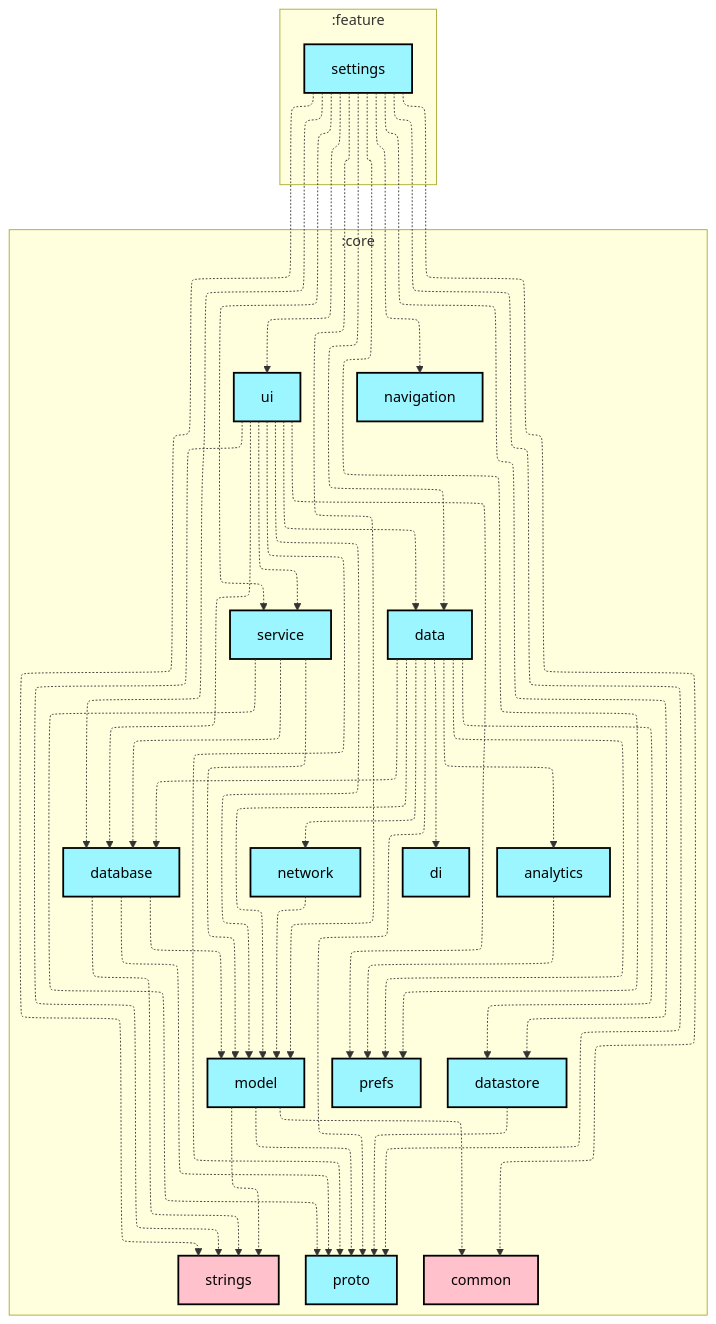
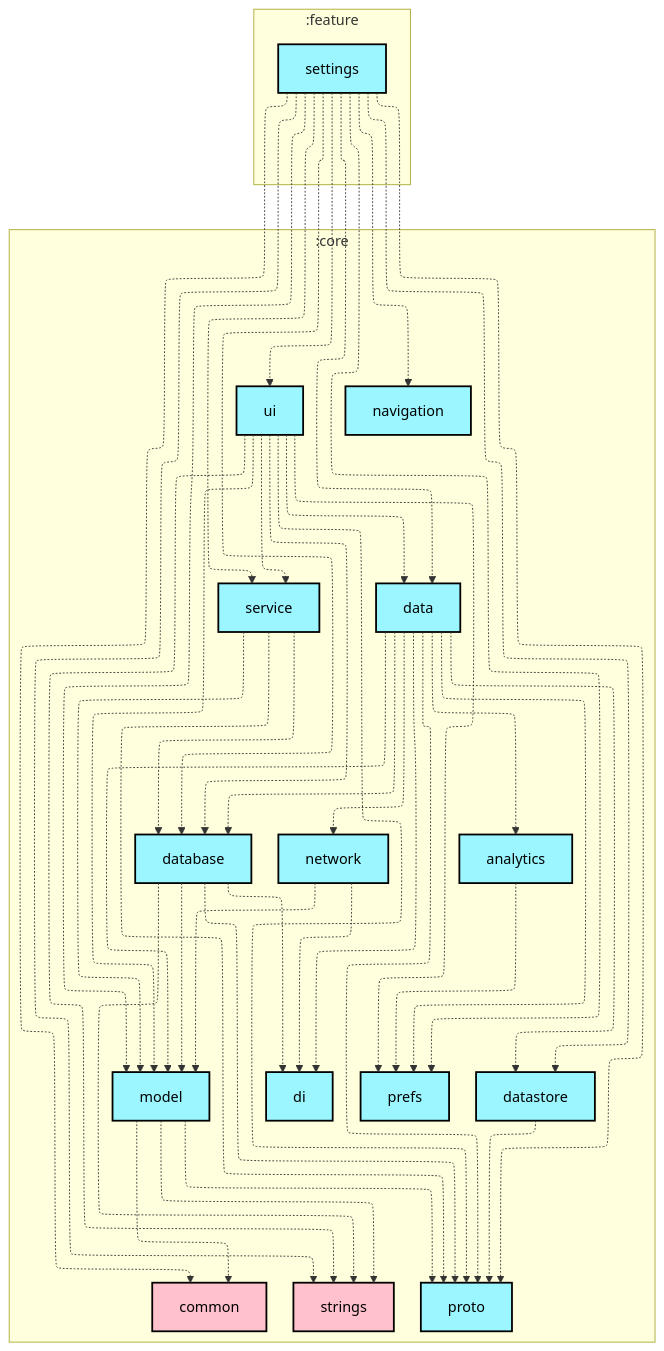
The first of 2 diagrams in feature/settings/README.md (meshtastic/Meshtastic-Android), drawn with Mermaid before and after one commit. The commit also changed 10 other files, not shown here.

First line of the commit message:
chore: Scheduled updates (Firmware, Hardware, Translations, Graphs)

````diff
--- a/feature/settings/README.md
+++ b/feature/settings/README.md
@@ -6,79 +6,81 @@
 ```mermaid
 ---
 config:
   layout: elk
   elk:
     nodePlacementStrategy: SIMPLE
 ---
 graph TB
   subgraph :feature
     direction TB
     :feature:settings[settings]:::android-library
   end
   subgraph :core
     direction TB
     :core:analytics[analytics]:::android-library
     :core:common[common]:::kmp-library
     :core:data[data]:::android-library
     :core:database[database]:::android-library
     :core:datastore[datastore]:::android-library
     :core:di[di]:::android-library
     :core:model[model]:::android-library
     :core:navigation[navigation]:::android-library
     :core:network[network]:::android-library
     :core:prefs[prefs]:::android-library
     :core:proto[proto]:::android-library
     :core:service[service]:::android-library
     :core:strings[strings]:::kmp-library
     :core:ui[ui]:::android-library
   end
 
   :core:analytics -.-> :core:prefs
   :core:data -.-> :core:analytics
   :core:data -.-> :core:database
   :core:data -.-> :core:datastore
   :core:data -.-> :core:di
   :core:data -.-> :core:model
   :core:data -.-> :core:network
   :core:data -.-> :core:prefs
   :core:data -.-> :core:proto
+  :core:database -.-> :core:di
   :core:database -.-> :core:model
   :core:database -.-> :core:proto
   :core:database -.-> :core:strings
   :core:datastore -.-> :core:proto
   :core:model -.-> :core:common
   :core:model -.-> :core:proto
   :core:model -.-> :core:strings
+  :core:network -.-> :core:di
   :core:network -.-> :core:model
   :core:service -.-> :core:database
   :core:service -.-> :core:model
   :core:service -.-> :core:proto
   :core:ui -.-> :core:data
   :core:ui -.-> :core:database
   :core:ui -.-> :core:model
   :core:ui -.-> :core:prefs
   :core:ui -.-> :core:proto
   :core:ui -.-> :core:service
   :core:ui -.-> :core:strings
   :feature:settings -.-> :core:common
   :feature:settings -.-> :core:data
   :feature:settings -.-> :core:database
   :feature:settings -.-> :core:datastore
   :feature:settings -.-> :core:model
   :feature:settings -.-> :core:navigation
   :feature:settings -.-> :core:prefs
   :feature:settings -.-> :core:proto
   :feature:settings -.-> :core:service
   :feature:settings -.-> :core:strings
   :feature:settings -.-> :core:ui
 
 classDef android-application fill:#CAFFBF,stroke:#000,stroke-width:2px,color:#000;
 classDef android-application-compose fill:#CAFFBF,stroke:#000,stroke-width:2px,color:#000;
 classDef android-feature fill:#FFD6A5,stroke:#000,stroke-width:2px,color:#000;
 classDef android-library fill:#9BF6FF,stroke:#000,stroke-width:2px,color:#000;
 classDef android-library-compose fill:#9BF6FF,stroke:#000,stroke-width:2px,color:#000;
 classDef android-test fill:#A0C4FF,stroke:#000,stroke-width:2px,color:#000;
 classDef jvm-library fill:#BDB2FF,stroke:#000,stroke-width:2px,color:#000;
 classDef kmp-library fill:#FFC1CC,stroke:#000,stroke-width:2px,color:#000;
 classDef unknown fill:#FFADAD,stroke:#000,stroke-width:2px,color:#000;
 ```
````
